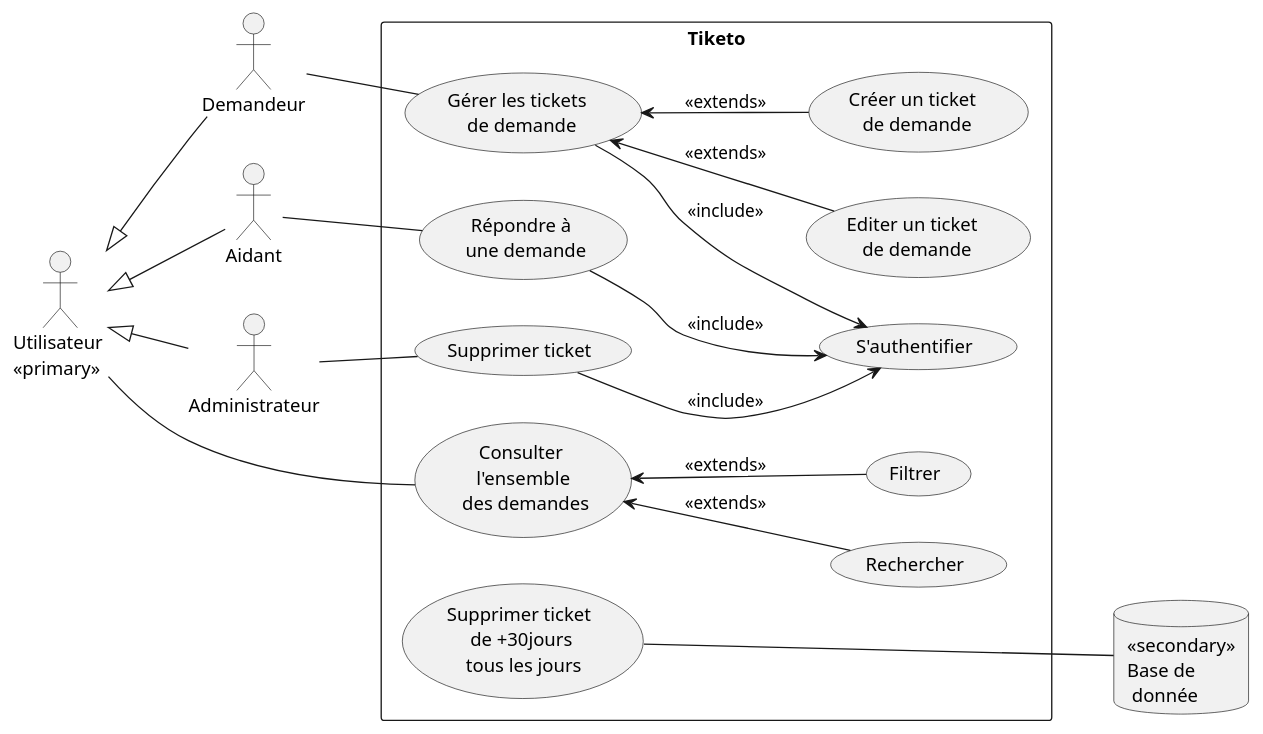
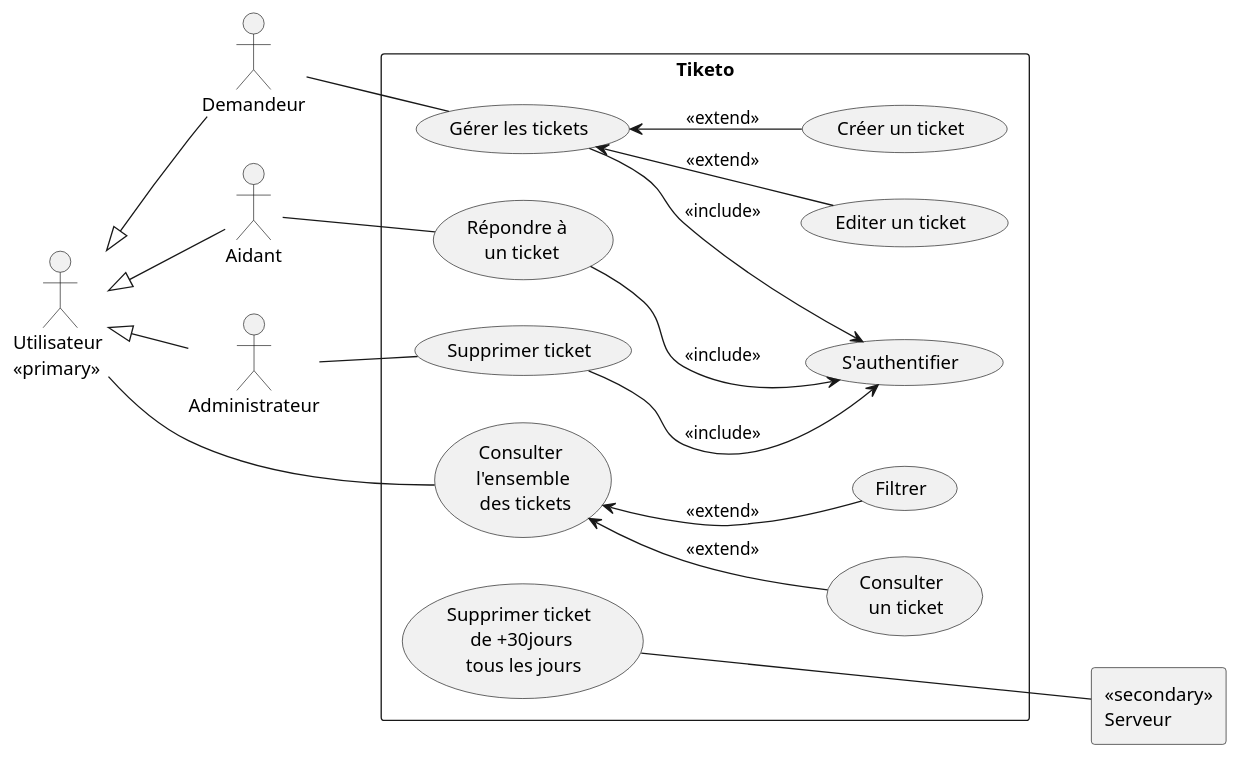
One commit to dorianleveque/CoHub changed the diagram in docs/UML/cas utilisation.wsd. Above: the diagram before and after it, drawn with PlantUML.

Commit message:
Update cas utilisation.wsd

```diff
--- a/docs/UML/cas utilisation.wsd
+++ b/docs/UML/cas utilisation.wsd
@@ -1,42 +1,42 @@
 @startuml
 left to right direction
 actor Utilisateur as "Utilisateur \n<<primary>>"
 actor Aidant
 actor Demandeur
 actor Administrateur
-database Serveur as "<<secondary>>\nBase de \n donnée"
+agent Serveur as "<<secondary>>\nServeur"
 
 Utilisateur <|-- Aidant
 Utilisateur <|-- Demandeur
 Utilisateur <|-- Administrateur
 
 rectangle "Tiketo" {
-    usecase UC1 as "Consulter \n l'ensemble \n des demandes"
-    usecase UC2 as "Rechercher"
+    usecase UC1 as "Consulter \n l'ensemble \n des tickets"
+    usecase UC2 as "Consulter \n un ticket"
     usecase UC3 as "Filtrer"
-    usecase UC4 as "Gérer les tickets \n de demande"
-    usecase UC5 as "Créer un ticket \n de demande"
-    usecase UC6 as "Editer un ticket \n de demande"
-    usecase UC7 as "Répondre à \n une demande"
+    usecase UC4 as "Gérer les tickets"
+    usecase UC5 as "Créer un ticket"
+    usecase UC6 as "Editer un ticket"
+    usecase UC7 as "Répondre à \n un ticket"
     usecase UC8 as "S'authentifier"
     usecase UC9 as "Supprimer ticket"
     usecase UC10 as "Supprimer ticket \n de +30jours \n tous les jours"
 
     Utilisateur -- (UC1)
-    UC1 <-- UC2 : <<extends>>
-    UC1 <-- UC3 : <<extends>>
+    UC1 <-- UC2 : <<extend>>
+    UC1 <-- UC3 : <<extend>>
 
     Demandeur -- UC4
     UC4 --> UC8 : <<include>>
-    UC4 <-- UC5 : <<extends>>
-    UC4 <-- UC6 : <<extends>>
+    UC4 <-- UC5 : <<extend>>
+    UC4 <-- UC6 : <<extend>>
 
     Aidant -- UC7
     UC7 --> UC8 : <<include>>
 
     Administrateur -- UC9
     UC9 --> UC8 : <<include>>
 
     UC10 --- Serveur
 }
 @enduml
```
